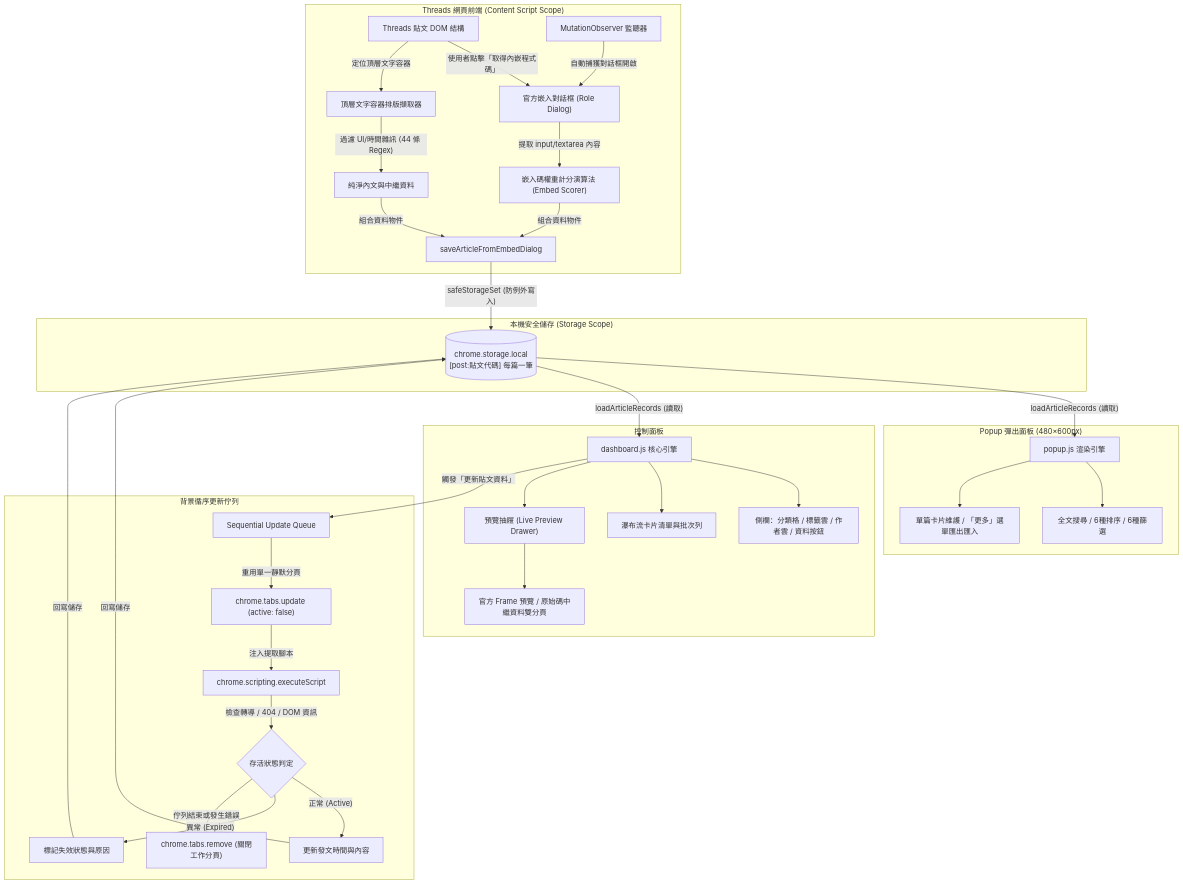
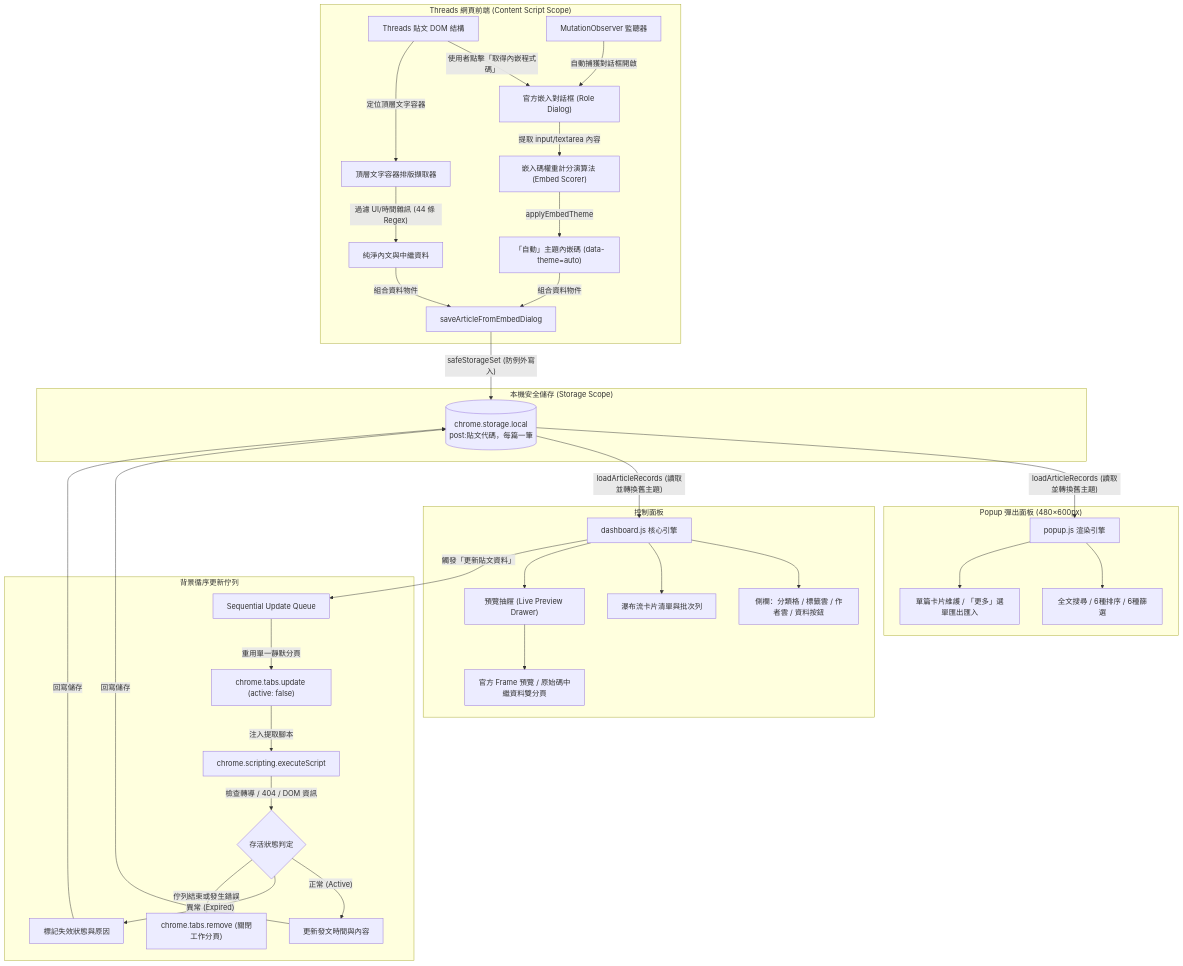
One commit to Scorpio-meow/Threadkeep changed the third of 5 diagrams in README.md. Above: the diagram before and after it, drawn with Mermaid. The commit also changed other lines of this file and 9 other files, not shown here.

````diff
--- a/README.md
+++ b/README.md
@@ -366,40 +583,41 @@
 ```mermaid
 flowchart TD
     subgraph ClientThreadsPage["Threads 網頁前端 (Content Script Scope)"]
         A["Threads 貼文 DOM 結構"] -->|"使用者點擊「取得內嵌程式碼」"| B["官方嵌入對話框 (Role Dialog)"]
         C["MutationObserver 監聽器"] -->|"自動捕獲對話框開啟"| B
         B -->|"提取 input/textarea 內容"| D["嵌入碼權重計分演算法 (Embed Scorer)"]
+        D -->|"applyEmbedTheme"| D2["「自動」主題內嵌碼 (data-theme=auto)"]
         A -->|"定位頂層文字容器"| E["頂層文字容器排版擷取器"]
         E -->|"過濾 UI/時間雜訊 (44 條 Regex)"| F["純淨內文與中繼資料"]
-        D & F -->|"組合資料物件"| G["saveArticleFromEmbedDialog"]
+        D2 & F -->|"組合資料物件"| G["saveArticleFromEmbedDialog"]
     end
 
     subgraph LocalDatabase["本機安全儲存 (Storage Scope)"]
-        G -->|"safeStorageSet (防例外寫入)"| H[("chrome.storage.local\n[post:貼文代碼] 每篇一筆")]
+        G -->|"safeStorageSet (防例外寫入)"| H[("chrome.storage.local<br/>post:貼文代碼，每篇一筆")]
     end
 
     subgraph PopupView["Popup 彈出面板 (480×600px)"]
-        H -->|"loadArticleRecords (讀取)"| I["popup.js 渲染引擎"]
+        H -->|"loadArticleRecords (讀取並轉換舊主題)"| I["popup.js 渲染引擎"]
         I --> J["全文搜尋 / 6種排序 / 6種篩選"]
         I --> K["單篇卡片維護 / 「更多」選單匯出匯入"]
     end
 
     subgraph DashboardView["控制面板"]
-        H -->|"loadArticleRecords (讀取)"| L["dashboard.js 核心引擎"]
+        H -->|"loadArticleRecords (讀取並轉換舊主題)"| L["dashboard.js 核心引擎"]
         L --> M["側欄：分類格 / 標籤雲 / 作者雲 / 資料按鈕"]
         L --> N["瀑布流卡片清單與批次列"]
         L --> O["預覽抽屜 (Live Preview Drawer)"]
         O --> P["官方 Frame 預覽 / 原始碼中繼資料雙分頁"]
     end
 
     subgraph BackgroundQueue["背景循序更新佇列"]
         L -->|"觸發「更新貼文資料」"| Q["Sequential Update Queue"]
         Q -->|"重用單一靜默分頁"| R["chrome.tabs.update (active: false)"]
         R -->|"注入提取腳本"| S["chrome.scripting.executeScript"]
         S -->|"檢查轉導 / 404 / DOM 資訊"| T{"存活狀態判定"}
         T -->|"正常 (Active)"| U["更新發文時間與內容"]
         T -->|"異常 (Expired)"| V["標記失效狀態與原因"]
         U & V -->|"回寫儲存"| H
         T -->|"佇列結束或發生錯誤"| W["chrome.tabs.remove (關閉工作分頁)"]
     end
 ```
````
